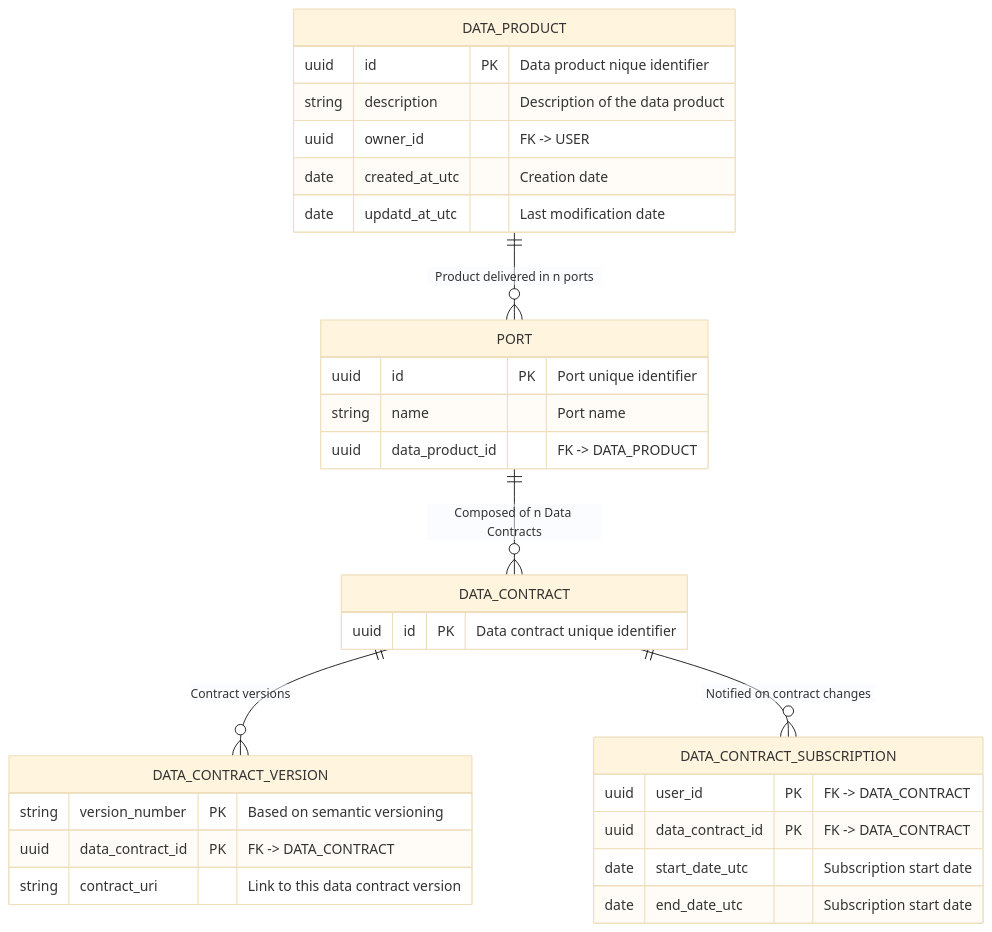
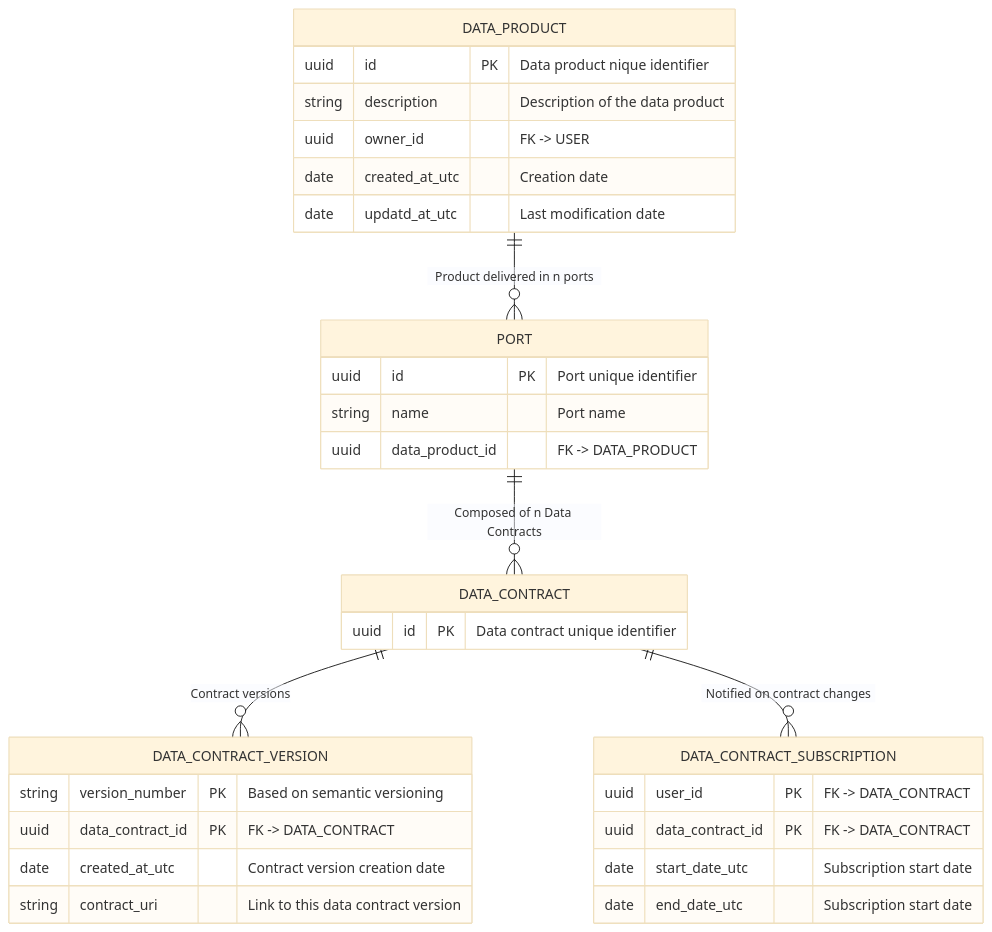
One commit to monmaya/base-impl changed the diagram in docs/relational_model.md. Above: the diagram before and after it, drawn with Mermaid (base theme).

````diff
--- a/docs/relational_model.md
+++ b/docs/relational_model.md
@@ -5,43 +5,44 @@
 ```mermaid
 
 erDiagram
 
     DATA_PRODUCT {
         uuid id PK "Data product nique identifier"
         string description "Description of the data product"
         uuid owner_id "FK -> USER"
         date created_at_utc "Creation date"
         date updatd_at_utc "Last modification date"
     }
 
     PORT {
         uuid id PK "Port unique identifier"
         string name "Port name"
         uuid data_product_id "FK -> DATA_PRODUCT"
     }
 
     DATA_CONTRACT {
         uuid id PK "Data contract unique identifier"
     }
 
     DATA_CONTRACT_VERSION {
         string version_number PK "Based on semantic versioning"
         uuid data_contract_id PK "FK -> DATA_CONTRACT"
+        date created_at_utc "Contract version creation date"
         string contract_uri "Link to this data contract version"
     }
 
     
     DATA_CONTRACT_SUBSCRIPTION {
         uuid user_id PK "FK -> DATA_CONTRACT"
         uuid data_contract_id PK "FK -> DATA_CONTRACT"
         date start_date_utc "Subscription start date"
         date end_date_utc "Subscription start date"
     }
 
     DATA_PRODUCT ||--o{ PORT : "Product delivered in n ports"
     PORT ||--o{ DATA_CONTRACT : "Composed of n Data Contracts"
     DATA_CONTRACT ||--o{ DATA_CONTRACT_VERSION : "Contract versions"
     DATA_CONTRACT ||--o{ DATA_CONTRACT_SUBSCRIPTION : "Notified on contract changes"
 
 
   ```
````
